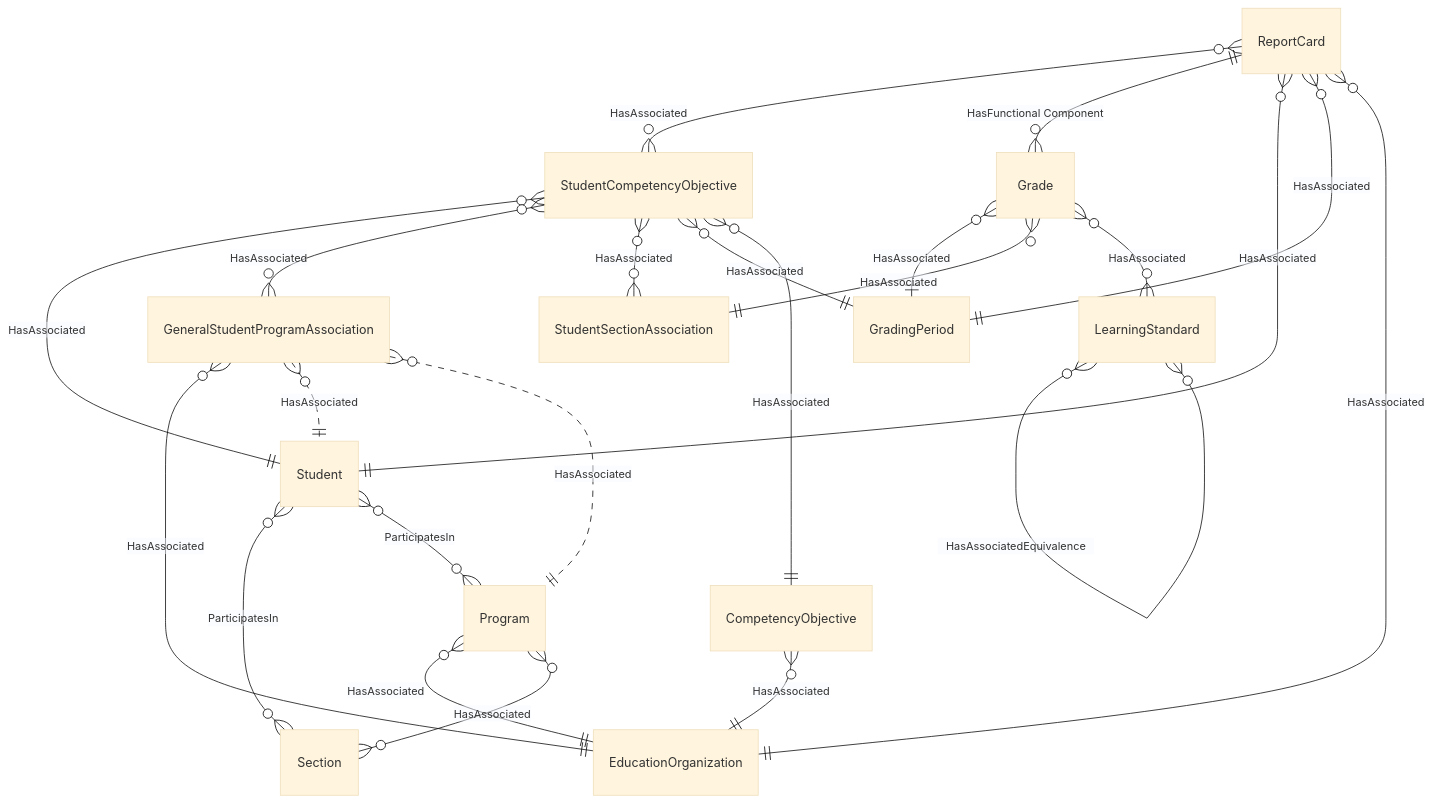
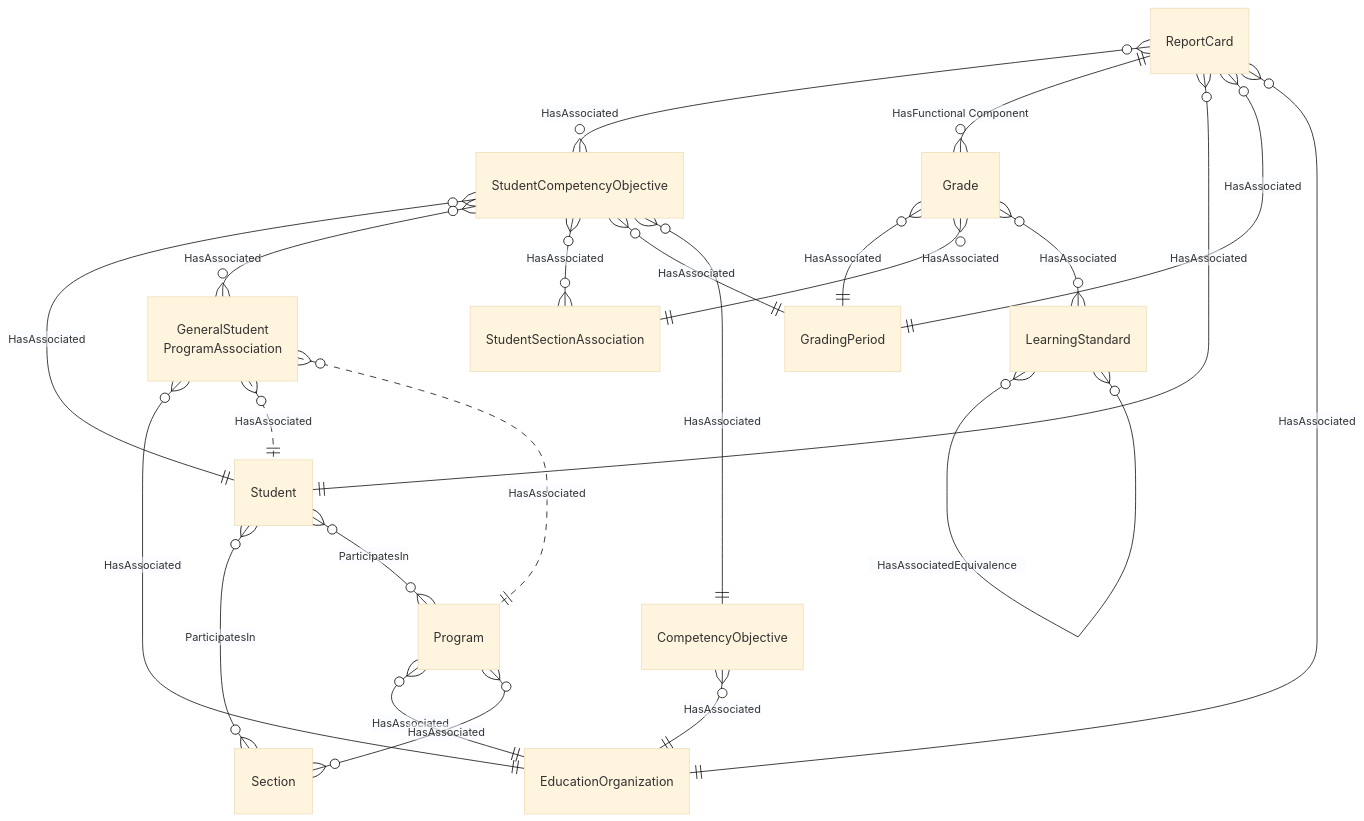
The diagram in dataStandard_versioned_docs/version-6/model-reference/student-academic-record-domain/StudentAcademicRecord-ReportCard-simple.mmd (Ed-Fi-Alliance-OSS/ed-fi-alliance-oss.github.io), drawn with Mermaid (base theme) before and after one commit. The commit also changed 20 other files, not shown here.

First line of the commit message:
Added Alternate Label Text and Line Breaks to Simple Diagrams

```diff
--- a/dataStandard_versioned_docs/version-6/model-reference/student-academic-record-domain/StudentAcademicRecord-ReportCard-simple.mmd
+++ b/dataStandard_versioned_docs/version-6/model-reference/student-academic-record-domain/StudentAcademicRecord-ReportCard-simple.mmd
@@ -1,48 +1,48 @@
 erDiagram
     Student {
     }
     ReportCard {
     }
     Grade {
     }
     StudentCompetencyObjective {
     }
     StudentSectionAssociation {
     }
-    GeneralStudentProgramAssociation {
+    GeneralStudentProgramAssociation["GeneralStudent<br/>ProgramAssociation"] {
     }
     GradingPeriod {
     }
     CompetencyObjective {
     }
     Section {
     }
     Program {
     }
     LearningStandard {
     }
     EducationOrganization {
     }
     ReportCard }o--o{ StudentCompetencyObjective : "HasAssociated"
     ReportCard ||--o{ Grade : "HasFunctional Component"
     ReportCard }o--|| Student : "HasAssociated"
     ReportCard }o--|| GradingPeriod : "HasAssociated"
     ReportCard }o--|| EducationOrganization : "HasAssociated"
     Grade }o--|| GradingPeriod : "HasAssociated"
     Grade }o--|| StudentSectionAssociation : "HasAssociated"
     Grade }o--o{ LearningStandard : "HasAssociated"
     StudentCompetencyObjective }o--|| Student : "HasAssociated"
     StudentCompetencyObjective }o--o{ GeneralStudentProgramAssociation : "HasAssociated"
     StudentCompetencyObjective }o--o{ StudentSectionAssociation : "HasAssociated"
     StudentCompetencyObjective }o--|| GradingPeriod : "HasAssociated"
     StudentCompetencyObjective }o--|| CompetencyObjective : "HasAssociated"
     Student }o--o{ Section : "ParticipatesIn"
     Student }o--o{ Program : "ParticipatesIn"
     CompetencyObjective }o--|| EducationOrganization : "HasAssociated"
     Program }o--|| EducationOrganization : "HasAssociated"
     Program }o--o{ Section : "HasAssociated"
     LearningStandard }o--o| LearningStandard : "HasFunctionalComponent"
     LearningStandard }o--o{ LearningStandard : "HasAssociatedEquivalence"
     GeneralStudentProgramAssociation }o--|| EducationOrganization : "HasAssociated"
     GeneralStudentProgramAssociation }o..|| Student : "HasAssociated"
     GeneralStudentProgramAssociation }o..|| Program : "HasAssociated"
```
